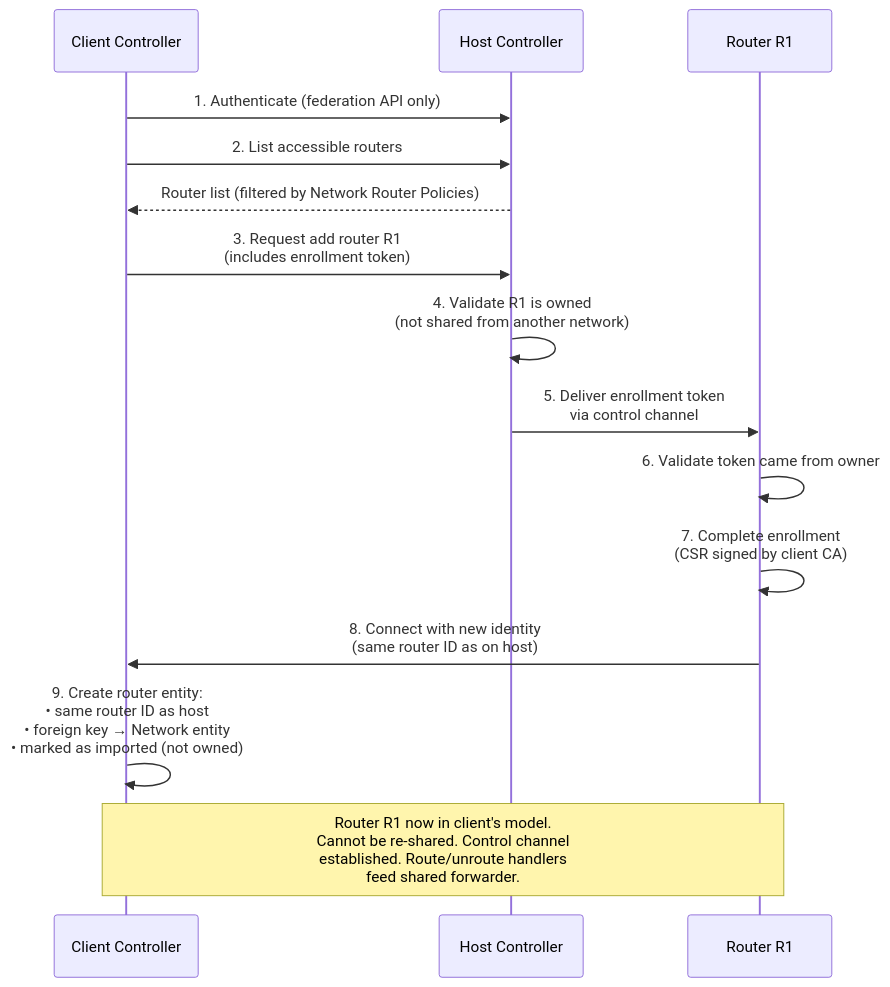
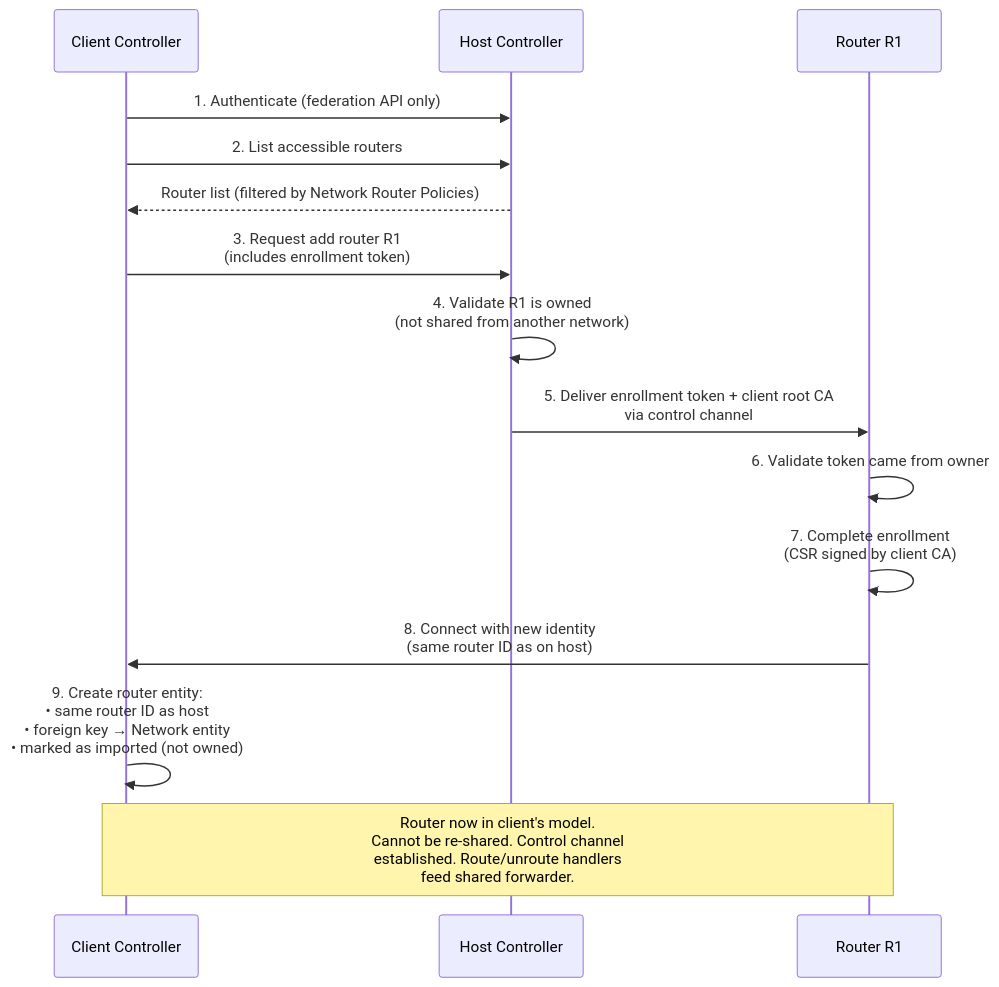
Before and after one commit to openziti/ziti: the third of 4 diagrams in design/federation-summary.md, drawn with Mermaid. The commit also changed other lines of this file and 1 other file, not shown here.

````diff
--- a/design/federation-summary.md
+++ b/design/federation-summary.md
@@ -210,21 +189,21 @@
 ```mermaid
 sequenceDiagram
     participant CC as Client Controller
     participant HC as Host Controller
     participant R as Router R1
 
     CC->>HC: 1. Authenticate (federation API only)
     CC->>HC: 2. List accessible routers
     HC-->>CC: Router list (filtered by Network Router Policies)
 
     CC->>HC: 3. Request add router R1<br/>(includes enrollment token)
     HC->>HC: 4. Validate R1 is owned<br/>(not shared from another network)
-    HC->>R: 5. Deliver enrollment token<br/>via control channel
+    HC->>R: 5. Deliver enrollment token + client root CA<br/>via control channel
     R->>R: 6. Validate token came from owner
     R->>R: 7. Complete enrollment<br/>(CSR signed by client CA)
     R->>CC: 8. Connect with new identity<br/>(same router ID as on host)
 
     CC->>CC: 9. Create router entity:<br/>• same router ID as host<br/>• foreign key → Network entity<br/>• marked as imported (not owned)
 
-    Note over CC,R: Router R1 now in client's model.<br/>Cannot be re-shared. Control channel<br/>established. Route/unroute handlers<br/>feed shared forwarder.
+    Note over CC,R: Router now in client's model.<br/>Cannot be re-shared. Control channel<br/>established. Route/unroute handlers<br/>feed shared forwarder.
 ```
````
